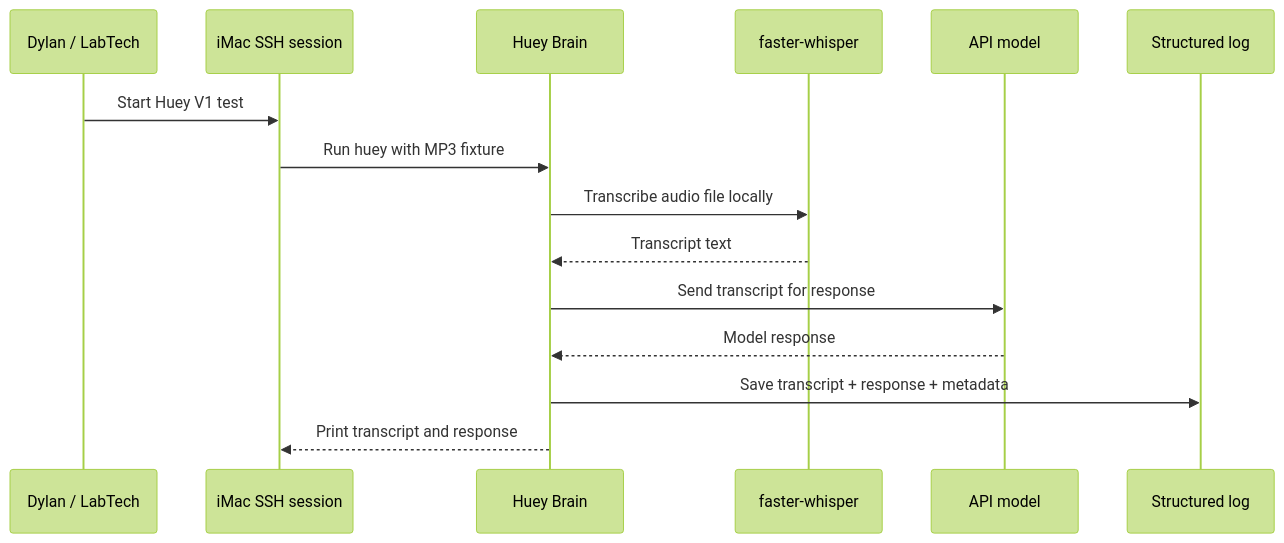
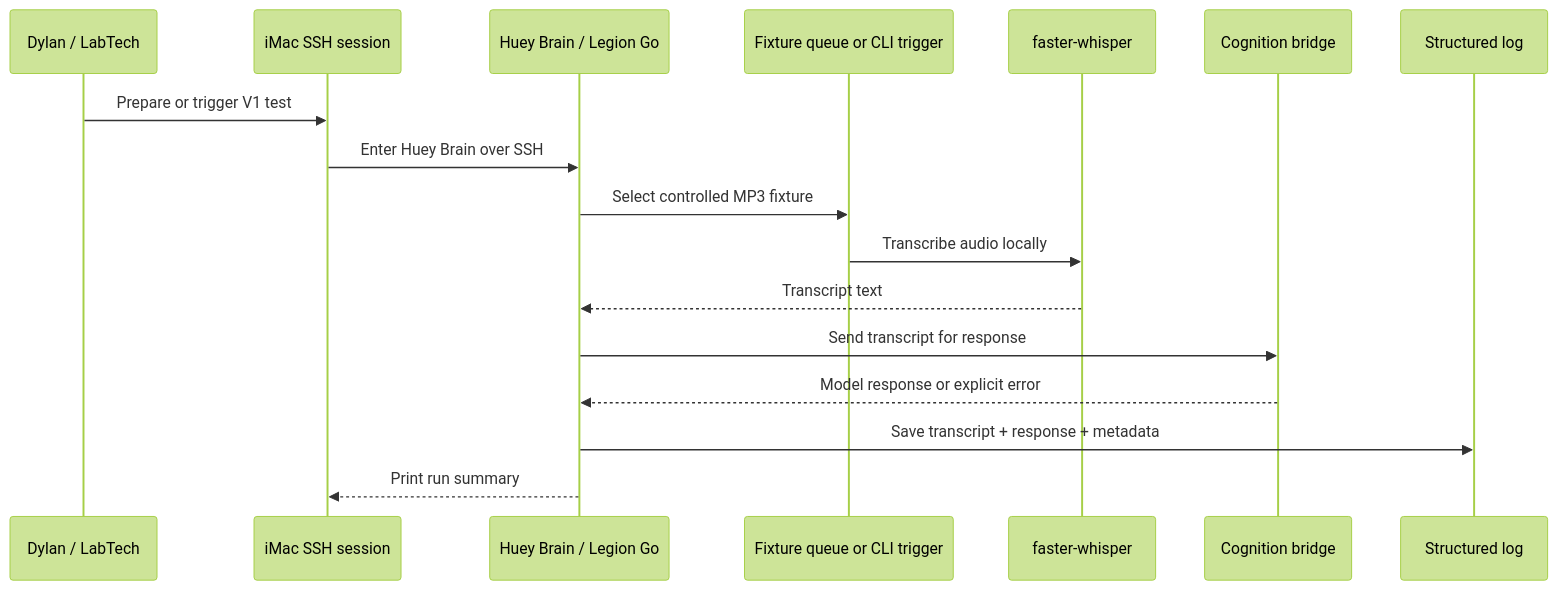
The second of 5 diagrams in README.md (DylanLRPollock/Monkey-Head-Project), drawn with Mermaid (forest theme) before and after one commit. The commit also changed other lines of this file, not shown here.

````diff
--- a/README.md
+++ b/README.md
@@ -272,18 +338,20 @@
 ```mermaid
 sequenceDiagram
     participant D as Dylan / LabTech
     participant I as iMac SSH session
-    participant B as Huey Brain
+    participant B as Huey Brain / Legion Go
+    participant Q as Fixture queue or CLI trigger
     participant W as faster-whisper
-    participant A as API model
+    participant C as Cognition bridge
     participant L as Structured log
 
-    D->>I: Start Huey V1 test
-    I->>B: Run huey with MP3 fixture
-    B->>W: Transcribe audio file locally
+    D->>I: Prepare or trigger V1 test
+    I->>B: Enter Huey Brain over SSH
+    B->>Q: Select controlled MP3 fixture
+    Q->>W: Transcribe audio locally
     W-->>B: Transcript text
-    B->>A: Send transcript for response
-    A-->>B: Model response
+    B->>C: Send transcript for response
+    C-->>B: Model response or explicit error
     B->>L: Save transcript + response + metadata
-    B-->>I: Print transcript and response
+    B-->>I: Print run summary
 ```
````
